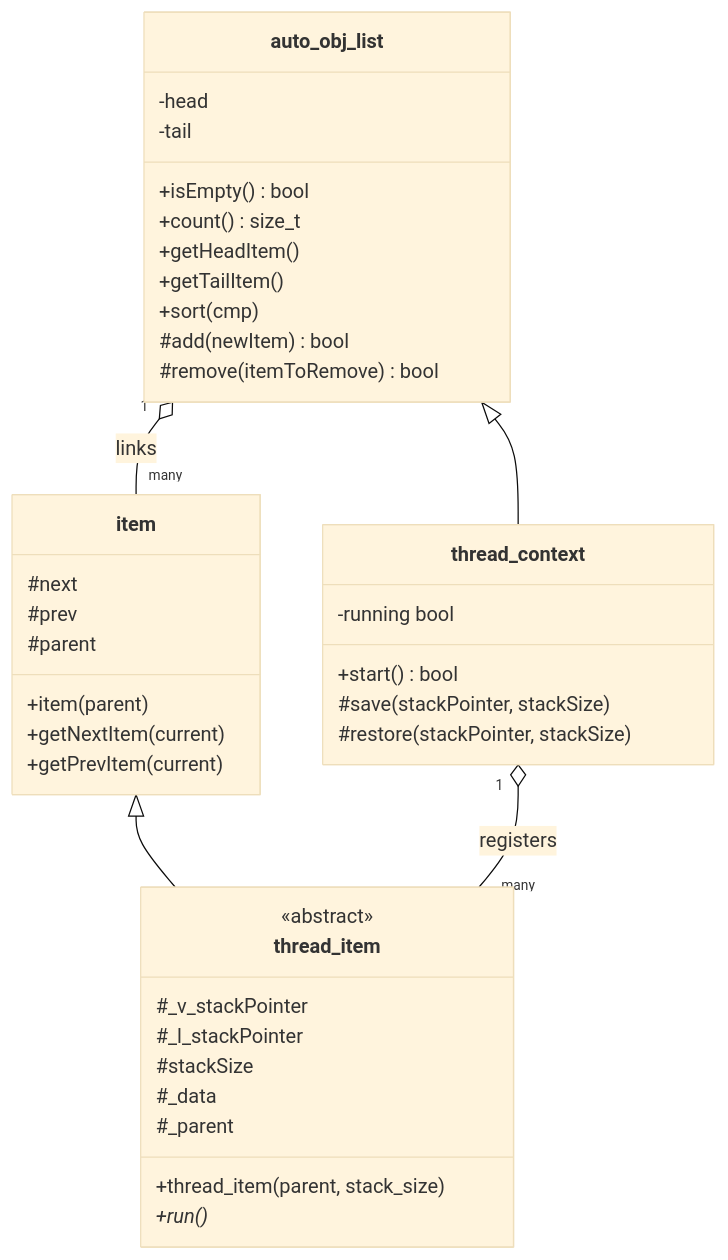
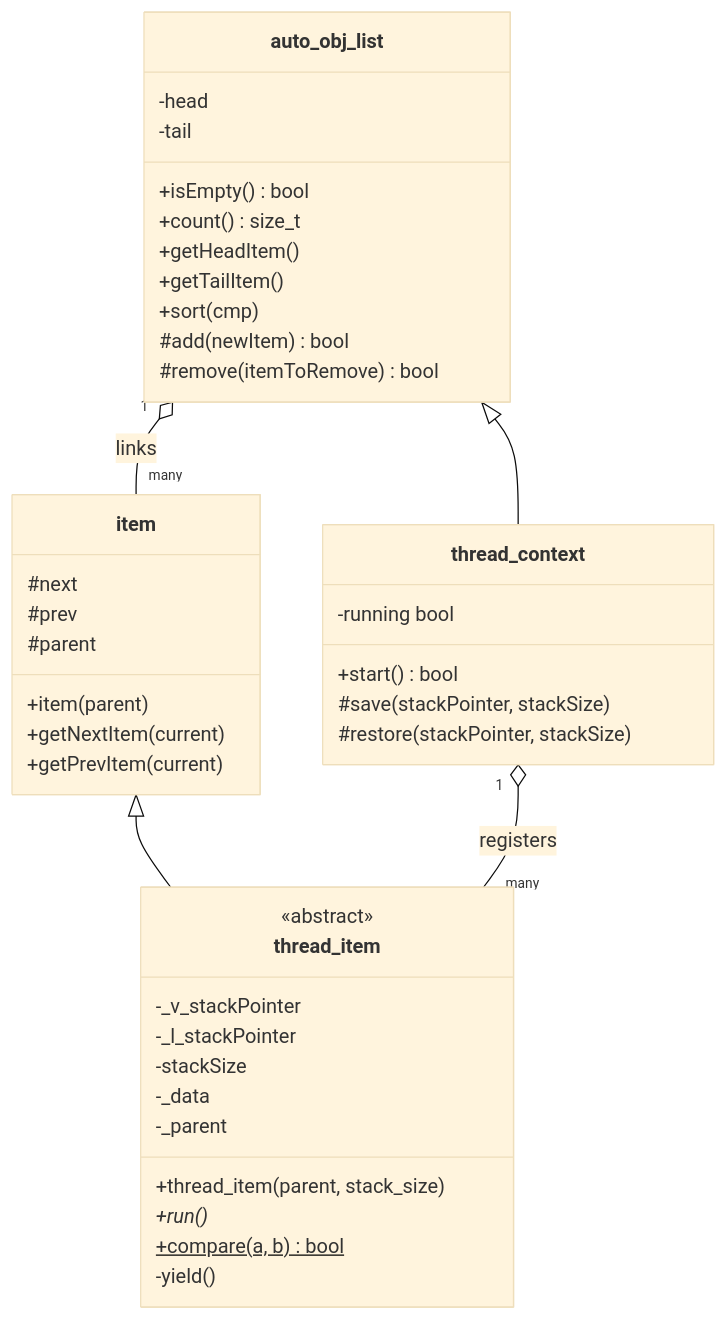
Before and after one commit to solariun/atomicx2: the fourth of 7 diagrams in spec.md, drawn with Mermaid (base theme). The commit also changed other lines of this file and 3 other files, not shown here.

````diff
--- a/spec.md
+++ b/spec.md
@@ -243,42 +268,44 @@
 ```mermaid
 classDiagram
     class auto_obj_list {
         +isEmpty() bool
         +count() size_t
         +getHeadItem()
         +getTailItem()
         +sort(cmp)
         #add(newItem) bool
         #remove(itemToRemove) bool
         -head
         -tail
     }
     class item {
         +item(parent)
         +getNextItem(current)
         +getPrevItem(current)
         #next
         #prev
         #parent
     }
     class thread_item {
         <<abstract>>
         +thread_item(parent, stack_size)
         +run()*
-        #_v_stackPointer
-        #_l_stackPointer
-        #stackSize
-        #_data
-        #_parent
+        +compare(a, b) bool$
+        -yield()
+        -_v_stackPointer
+        -_l_stackPointer
+        -stackSize
+        -_data
+        -_parent
     }
     class thread_context {
         +start() bool
         #save(stackPointer, stackSize)
         #restore(stackPointer, stackSize)
         -running bool
     }
     auto_obj_list "1" o-- "many" item : links
     item <|-- thread_item
     auto_obj_list <|-- thread_context
     thread_context "1" o-- "many" thread_item : registers
 ```
````
